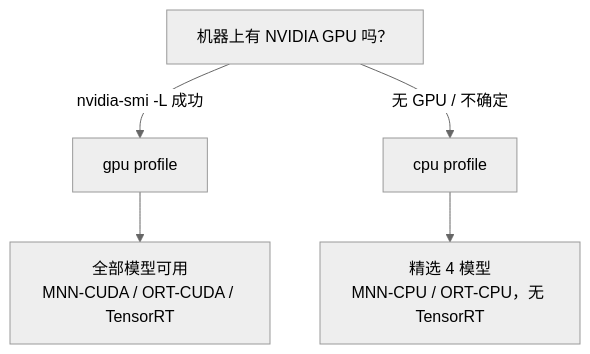
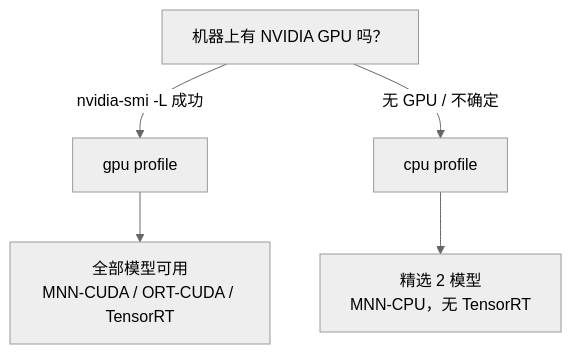
Before and after one commit to MaybeShewill-CV/mortred_model_server: the second of 2 diagrams in docs/deployment.zh-cn.md, drawn with Mermaid (neutral theme). The commit also changed other lines of this file and 72 other files, not shown here.

````diff
--- a/docs/deployment.zh-cn.md
+++ b/docs/deployment.zh-cn.md
@@ -85,7 +85,7 @@
 ```mermaid
 flowchart TD
     A["机器上有 NVIDIA GPU 吗？"] -->|"nvidia-smi -L 成功"| GPU["gpu profile"]
     A -->|"无 GPU / 不确定"| CPU["cpu profile"]
     GPU --> G1["全部模型可用<br/>MNN-CUDA / ORT-CUDA / TensorRT"]
-    CPU --> C1["精选 4 模型<br/>MNN-CPU / ORT-CPU，无 TensorRT"]
+    CPU --> C1["精选 2 模型<br/>MNN-CPU，无 TensorRT"]
 ```
````
